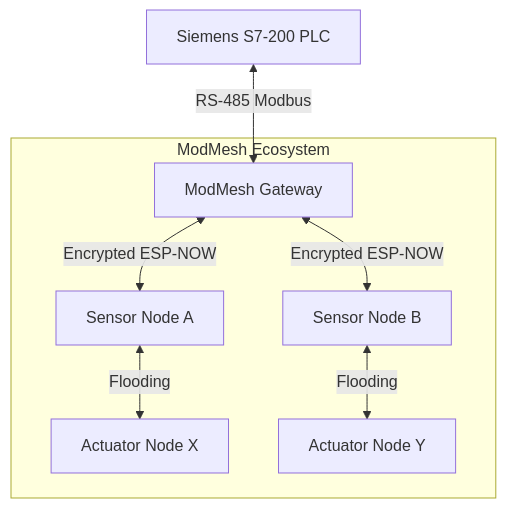
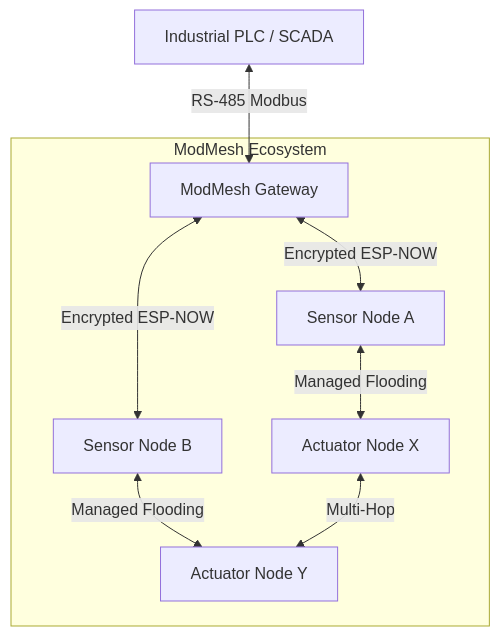
The diagram in README.md (dzmarkets/ModMesh), drawn with Mermaid before and after one commit. The commit also changed other lines of this file, not shown here.

````diff
--- a/README.md
+++ b/README.md
@@ -31,16 +32,17 @@
 ```mermaid
 graph TD
-    PLC[Siemens S7-200 PLC] <-->|RS-485 Modbus| GW[ModMesh Gateway]
+    PLC[Industrial PLC / SCADA] <-->|RS-485 Modbus| GW[ModMesh Gateway]
     GW <-->|Encrypted ESP-NOW| SN1[Sensor Node A]
     GW <-->|Encrypted ESP-NOW| SN2[Sensor Node B]
-    SN1 <-->|Flooding| AC1[Actuator Node X]
-    SN2 <-->|Flooding| AC2[Actuator Node Y]
+    SN1 <-->|Managed Flooding| AC1[Actuator Node X]
+    SN2 <-->|Managed Flooding| AC2[Actuator Node Y]
+    AC1 <-->|Multi-Hop| AC2
     
     subgraph "ModMesh Ecosystem"
     GW
     SN1
     SN2
     AC1
     AC2
     end
 ```
````
